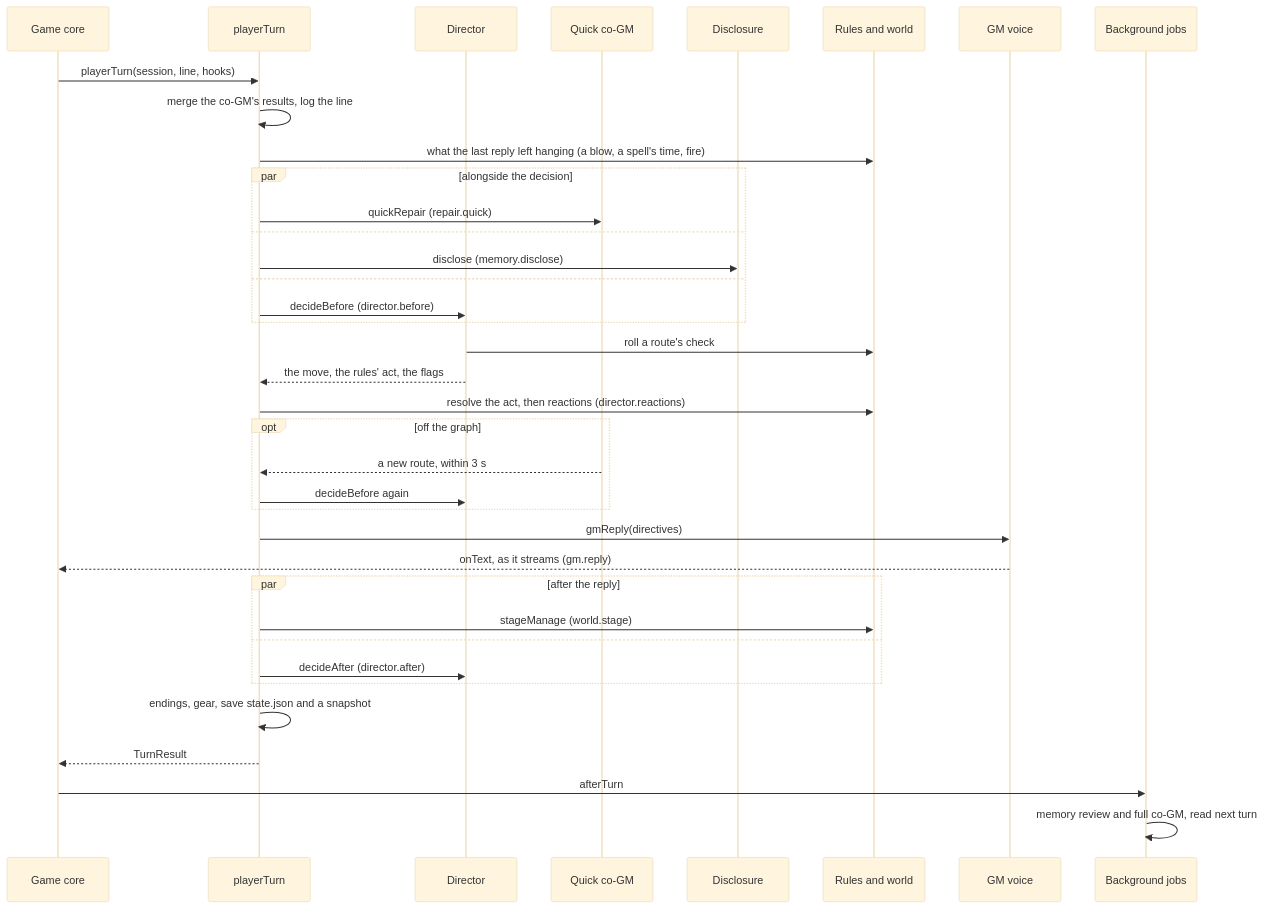
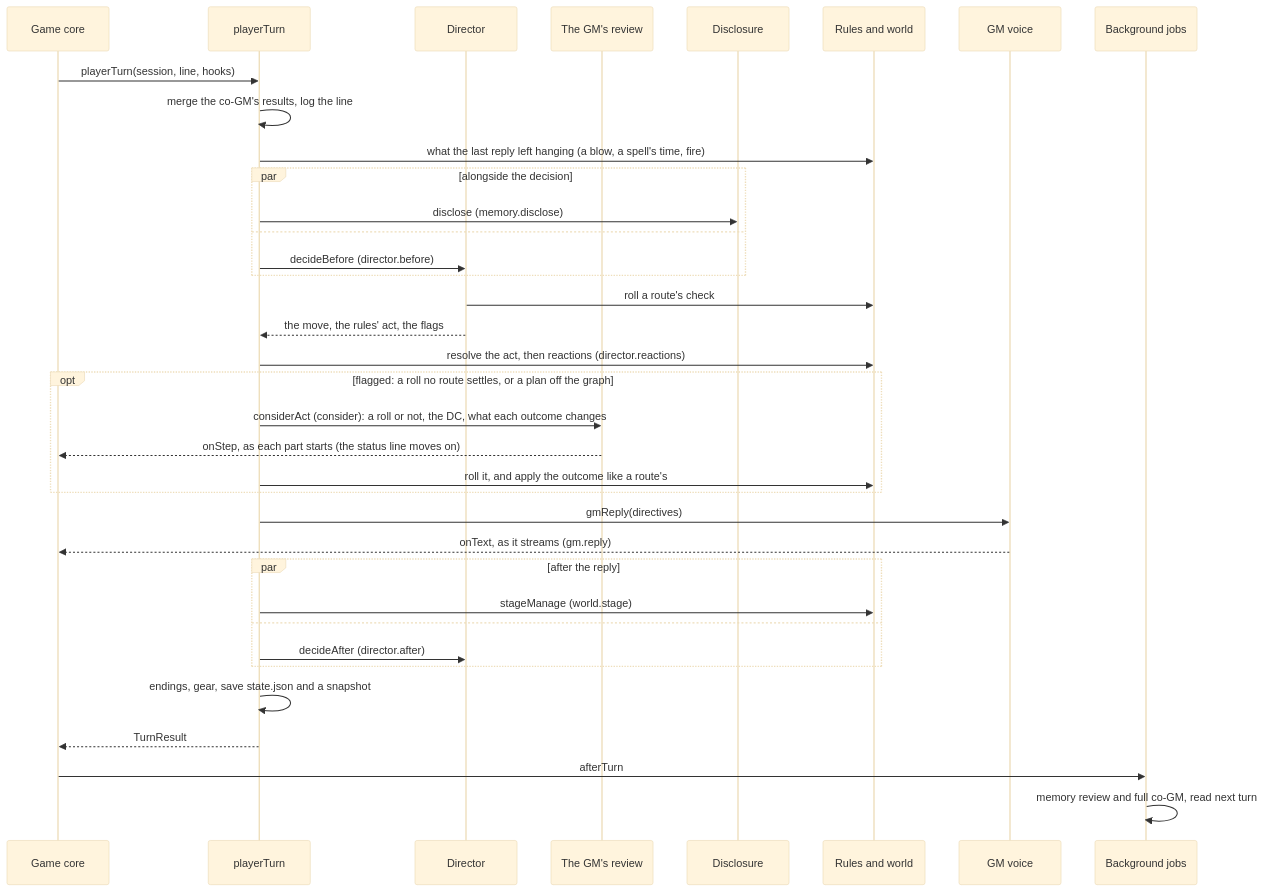
The second of 2 diagrams in src/runtime/README.md (Tatskaari/kingmaker), drawn with Mermaid (base theme) before and after one commit. The commit also changed other lines of this file and 9 other files, not shown here.

````diff
--- a/src/runtime/README.md
+++ b/src/runtime/README.md
@@ -110,40 +111,39 @@
 ```mermaid
 sequenceDiagram
   participant Core as Game core
   participant Turn as playerTurn
   participant Dir as Director
-  participant Co as Quick co-GM
+  participant Rev as The GM's review
   participant Mem as Disclosure
   participant Rules as Rules and world
   participant GM as GM voice
   participant Bg as Background jobs
 
   Core->>Turn: playerTurn(session, line, hooks)
   Turn->>Turn: merge the co-GM's results, log the line
   Turn->>Rules: what the last reply left hanging (a blow, a spell's time, fire)
   par alongside the decision
-    Turn->>Co: quickRepair (repair.quick)
-  and
     Turn->>Mem: disclose (memory.disclose)
   and
     Turn->>Dir: decideBefore (director.before)
   end
   Dir->>Rules: roll a route's check
   Dir-->>Turn: the move, the rules' act, the flags
   Turn->>Rules: resolve the act, then reactions (director.reactions)
-  opt off the graph
-    Co-->>Turn: a new route, within 3 s
-    Turn->>Dir: decideBefore again
+  opt flagged: a roll no route settles, or a plan off the graph
+    Turn->>Rev: considerAct (consider): a roll or not, the DC, what each outcome changes
+    Rev-->>Core: onStep, as each part starts (the status line moves on)
+    Turn->>Rules: roll it, and apply the outcome like a route's
   end
   Turn->>GM: gmReply(directives)
   GM-->>Core: onText, as it streams (gm.reply)
   par after the reply
     Turn->>Rules: stageManage (world.stage)
   and
     Turn->>Dir: decideAfter (director.after)
   end
   Turn->>Turn: endings, gear, save state.json and a snapshot
   Turn-->>Core: TurnResult
   Core->>Bg: afterTurn
   Bg->>Bg: memory review and full co-GM, read next turn
 ```
````
